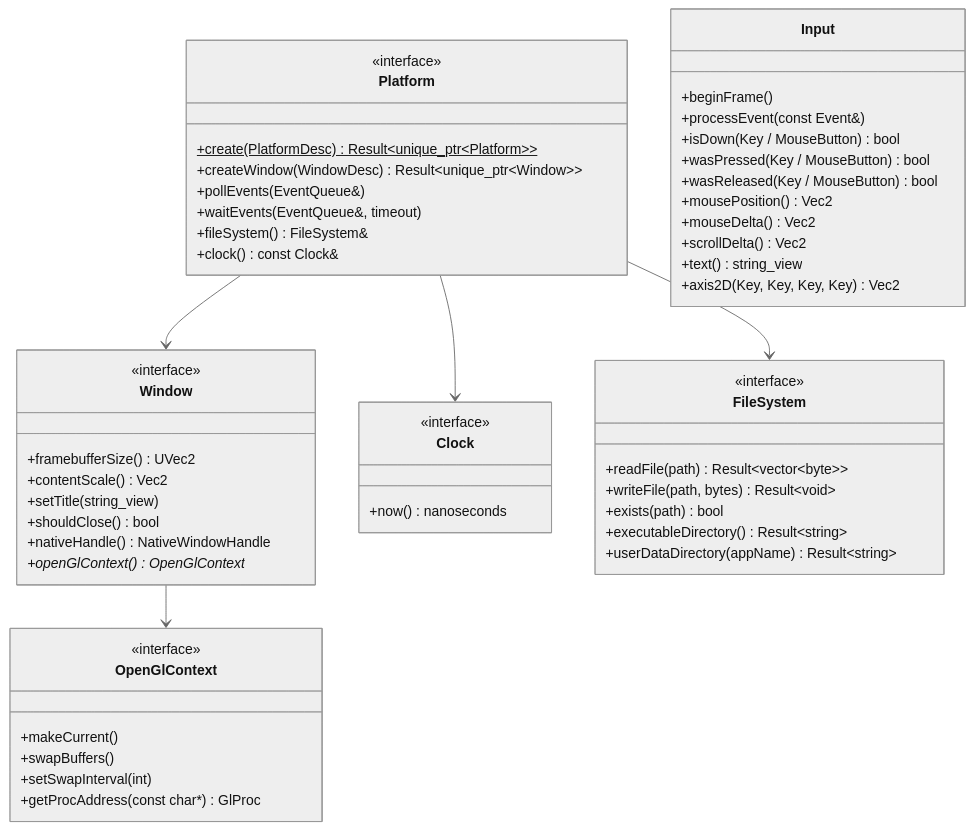
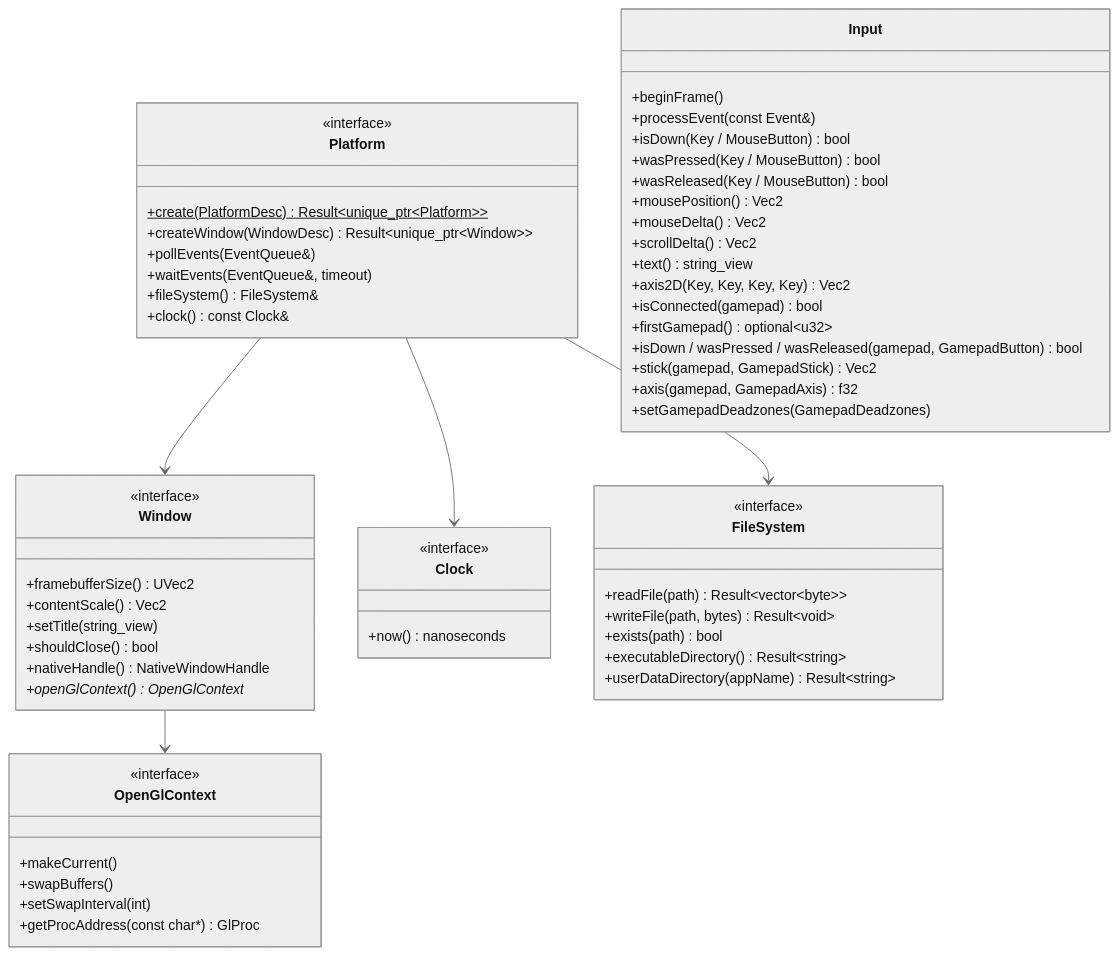
Before and after one commit to fyernald/teserra: the diagram in docs/architecture/platform-abstraction.md, drawn with Mermaid (neutral theme). The commit also changed other lines of this file and 19 other files, not shown here.

First line of the commit message:
feat(platform): gamepad input with edges and deadzones (#328)

````diff
--- a/docs/architecture/platform-abstraction.md
+++ b/docs/architecture/platform-abstraction.md
@@ -21,56 +21,62 @@
 ```mermaid
 classDiagram
     class Platform {
         <<interface>>
         +create(PlatformDesc) Result~unique_ptr~Platform~~$
         +createWindow(WindowDesc) Result~unique_ptr~Window~~
         +pollEvents(EventQueue&)
         +waitEvents(EventQueue&, timeout)
         +fileSystem() FileSystem&
         +clock() const Clock&
     }
     class Window {
         <<interface>>
         +framebufferSize() UVec2
         +contentScale() Vec2
         +setTitle(string_view)
         +shouldClose() bool
         +nativeHandle() NativeWindowHandle
         +openGlContext() OpenGlContext*
     }
     class OpenGlContext {
         <<interface>>
         +makeCurrent()
         +swapBuffers()
         +setSwapInterval(int)
         +getProcAddress(const char*) GlProc
     }
     class Input {
         +beginFrame()
         +processEvent(const Event&)
         +isDown(Key / MouseButton) bool
         +wasPressed(Key / MouseButton) bool
         +wasReleased(Key / MouseButton) bool
         +mousePosition() Vec2
         +mouseDelta() Vec2
         +scrollDelta() Vec2
         +text() string_view
         +axis2D(Key, Key, Key, Key) Vec2
+        +isConnected(gamepad) bool
+        +firstGamepad() optional~u32~
+        +isDown / wasPressed / wasReleased(gamepad, GamepadButton) bool
+        +stick(gamepad, GamepadStick) Vec2
+        +axis(gamepad, GamepadAxis) f32
+        +setGamepadDeadzones(GamepadDeadzones)
     }
     class Clock {
         <<interface>>
         +now() nanoseconds
     }
     class FileSystem {
         <<interface>>
         +readFile(path) Result~vector~byte~~
         +writeFile(path, bytes) Result~void~
         +exists(path) bool
         +executableDirectory() Result~string~
         +userDataDirectory(appName) Result~string~
     }
     Platform --> Window
     Window --> OpenGlContext
     Platform --> FileSystem
     Platform --> Clock
 ```
````
